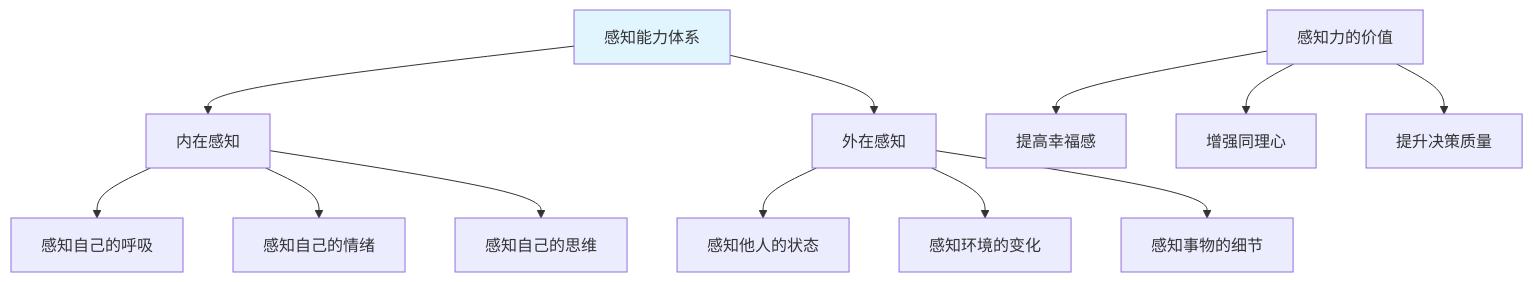
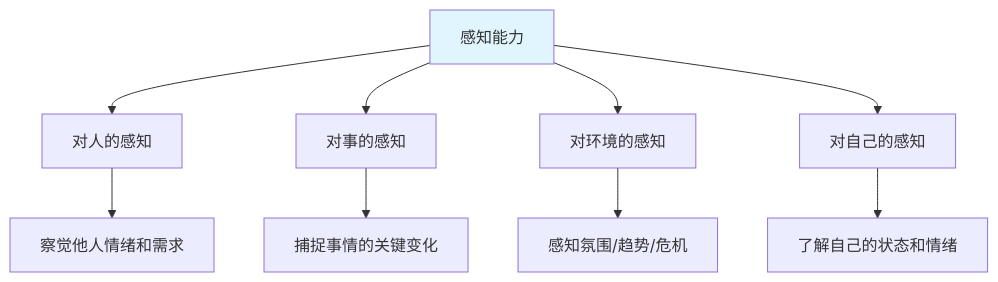
The first of 7 diagrams in 10.打工充平常记录/10.自我精进七课/07.底层思维的训练/7.3感知能力的提升.md (chongyang211/YCBookBlog), drawn with Mermaid before and after one commit. The commit also changed other lines of this file and 55 other files, not shown here.

````diff
--- a/10.打工充平常记录/10.自我精进七课/07.底层思维的训练/7.3感知能力的提升.md
+++ b/10.打工充平常记录/10.自我精进七课/07.底层思维的训练/7.3感知能力的提升.md
@@ -18,15 +43,12 @@
 ```mermaid
 graph TD
-    A[感知能力体系] --> B[内在感知]
-    A --> C[外在感知]
-    B --> B1[感知自己的呼吸]
-    B --> B2[感知自己的情绪]
-    B --> B3[感知自己的思维]
-    C --> C1[感知他人的状态]
-    C --> C2[感知环境的变化]
-    C --> C3[感知事物的细节]
-    D[感知力的价值] --> D1[提高幸福感]
-    D --> D2[增强同理心]
-    D --> D3[提升决策质量]
+    A[感知能力] --> B[对人的感知]
+    A --> C[对事的感知]
+    A --> D[对环境的感知]
+    A --> E[对自己的感知]
+    B --> B1[察觉他人情绪和需求]
+    C --> C1[捕捉事情的关键变化]
+    D --> D1[感知氛围/趋势/危机]
+    E --> E1[了解自己的状态和情绪]
     style A fill:#e1f5fe
 ```
````
